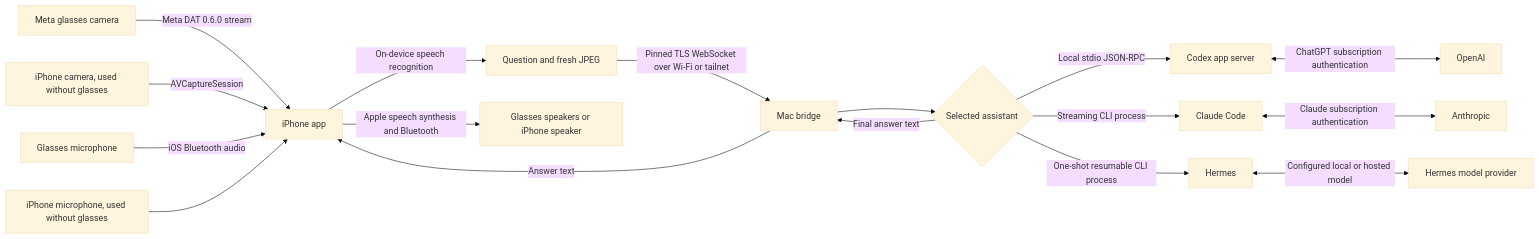
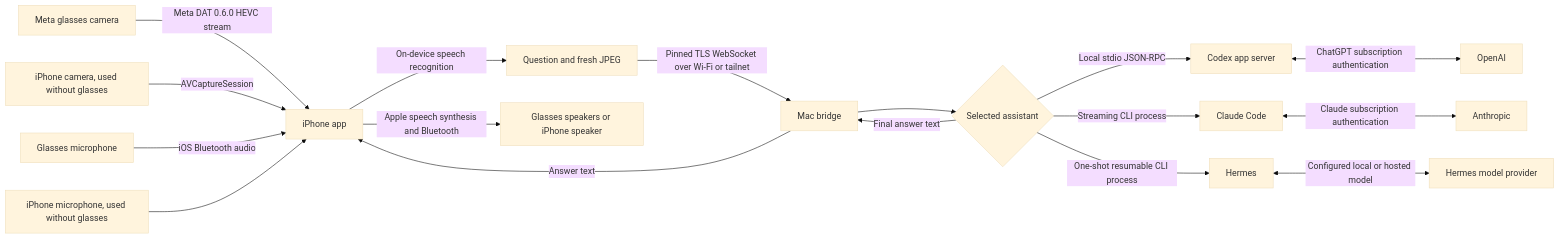
Before and after one commit to soothslayer/RayBridge: the diagram in docs/architecture.md, drawn with Mermaid (base theme). The commit also changed other lines of this file and 8 other files, not shown here.

````diff
--- a/docs/architecture.md
+++ b/docs/architecture.md
@@ -3,19 +3,19 @@
 ```mermaid
 flowchart LR
-    G[Meta glasses camera] -->|Meta DAT 0.6.0 stream| I[iPhone app]
+    G[Meta glasses camera] -->|Meta DAT 0.6.0 HEVC stream| I[iPhone app]
     P[iPhone camera, used without glasses] -->|AVCaptureSession| I
     M[Glasses microphone] -->|iOS Bluetooth audio| I
     N[iPhone microphone, used without glasses] --> I
     I -->|On-device speech recognition| Q[Question and fresh JPEG]
     Q -->|Pinned TLS WebSocket over Wi-Fi or tailnet| B[Mac bridge]
     B --> A{Selected assistant}
     A -->|Local stdio JSON-RPC| C[Codex app server]
     A -->|Streaming CLI process| D[Claude Code]
     A -->|One-shot resumable CLI process| E[Hermes]
     C <-->|ChatGPT subscription authentication| O[OpenAI]
     D <-->|Claude subscription authentication| H[Anthropic]
     E <-->|Configured local or hosted model| L[Hermes model provider]
     A -->|Final answer text| B
     B -->|Answer text| I
     I -->|Apple speech synthesis and Bluetooth| S[Glasses speakers or iPhone speaker]
 ```
````
